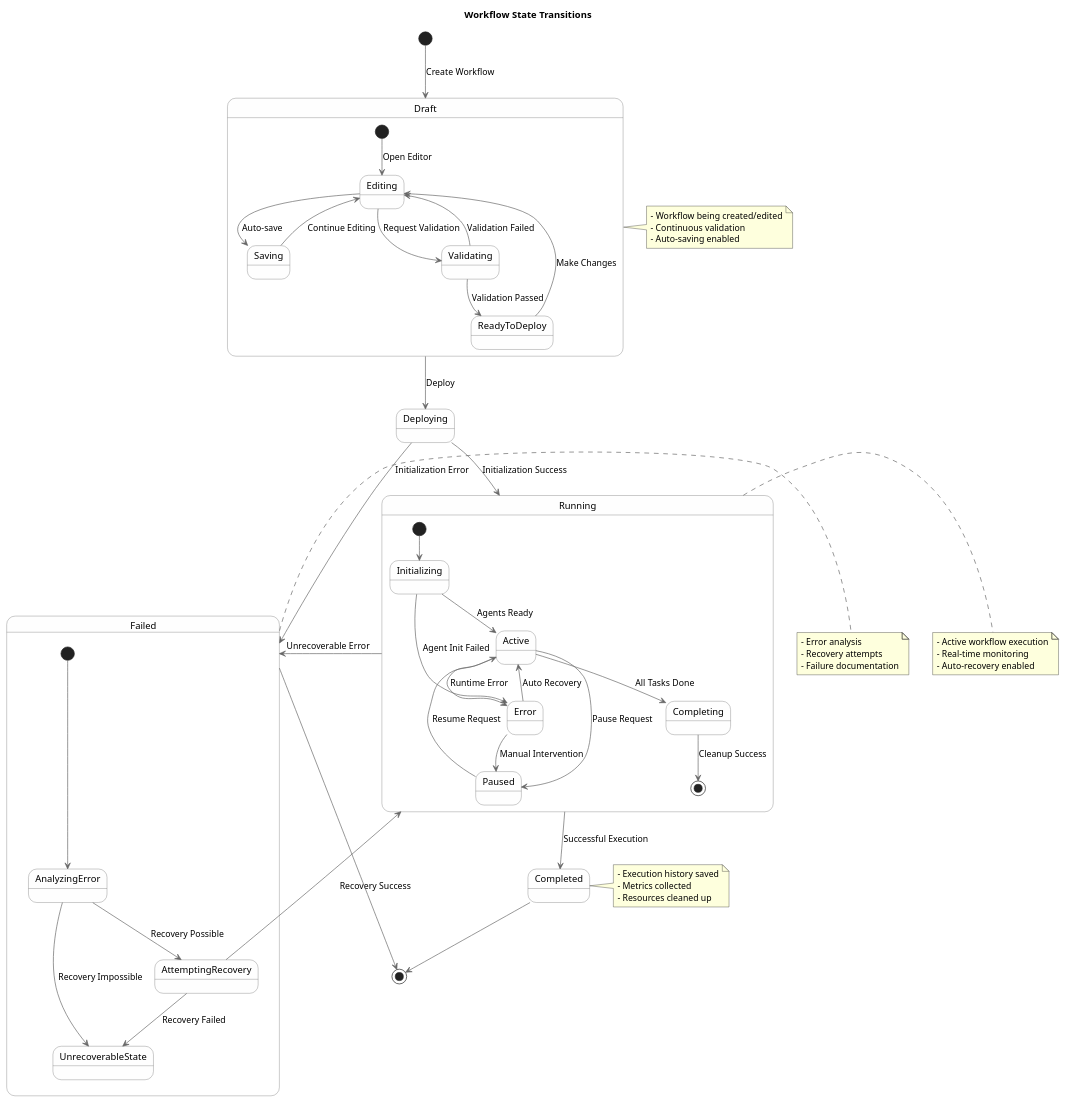
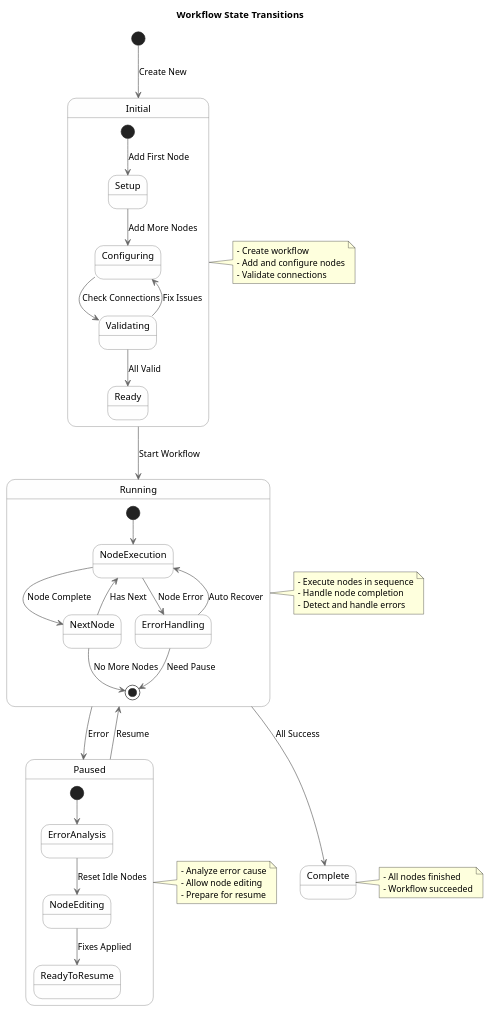
One commit to m0nq/cloud-people changed the diagram in docs/workflow-state-transitions.puml. Above: the diagram before and after it, drawn with PlantUML. The commit also changed 9 other files, not shown here.

Commit message:
Gave workflow store more robust state mgmt

```diff
--- a/docs/workflow-state-transitions.puml
+++ b/docs/workflow-state-transitions.puml
@@ -1,86 +1,71 @@
 @startuml Workflow State Transitions
 
 ' Styling
 skinparam StateBackgroundColor #FEFEFE
 skinparam StateBorderColor #666666
 skinparam ArrowColor #666666
 skinparam StateStartColor #445566
 skinparam StateEndColor #445566
 
 ' Title
 title Workflow State Transitions
 
 ' States
-[*] --> Draft : Create Workflow
+[*] --> Initial : Create New
 
-state Draft {
-    [*] --> Editing : Open Editor
-    Editing --> Saving : Auto-save
-    Saving --> Editing : Continue Editing
-    Editing --> Validating : Request Validation
-    Validating --> Editing : Validation Failed
-    Validating --> ReadyToDeploy : Validation Passed
-    ReadyToDeploy --> Editing : Make Changes
+state Initial {
+    [*] --> Setup : Add First Node
+    Setup --> Configuring : Add More Nodes
+    Configuring --> Validating : Check Connections
+    Validating --> Ready : All Valid
+    Validating --> Configuring : Fix Issues
 }
 
-Draft --> Deploying : Deploy
-Deploying --> Running : Initialization Success
-Deploying --> Failed : Initialization Error
+Initial --> Running : Start Workflow
 
 state Running {
-    [*] --> Initializing
-    
-    Initializing --> Active : Agents Ready
-    Initializing --> Error : Agent Init Failed
-    
-    Active --> Paused : Pause Request
-    Paused --> Active : Resume Request
-    
-    Active --> Error : Runtime Error
-    Error --> Active : Auto Recovery
-    Error --> Paused : Manual Intervention
-    
-    Active --> Completing : All Tasks Done
-    Completing --> [*] : Cleanup Success
+    [*] --> NodeExecution
+    NodeExecution --> NextNode : Node Complete
+    NextNode --> NodeExecution : Has Next
+    NextNode --> [*] : No More Nodes
+    NodeExecution --> ErrorHandling : Node Error
+    ErrorHandling --> NodeExecution : Auto Recover
+    ErrorHandling --> [*] : Need Pause
 }
 
-Running --> Completed : Successful Execution
-Running --> Failed : Unrecoverable Error
+Running --> Complete : All Success
+Running --> Paused : Error
 
-state Failed {
-    [*] --> AnalyzingError
-    AnalyzingError --> AttemptingRecovery : Recovery Possible
-    AnalyzingError --> UnrecoverableState : Recovery Impossible
-    AttemptingRecovery --> UnrecoverableState : Recovery Failed
-    AttemptingRecovery --> Running : Recovery Success
+state Paused {
+    [*] --> ErrorAnalysis
+    ErrorAnalysis --> NodeEditing : Reset Idle Nodes
+    NodeEditing --> ReadyToResume : Fixes Applied
 }
 
-Completed --> [*]
-Failed --> [*]
+Paused --> Running : Resume
 
 ' Notes
-note right of Draft
-  - Workflow being created/edited
-  - Continuous validation
-  - Auto-saving enabled
+note right of Initial
+  - Create workflow
+  - Add and configure nodes
+  - Validate connections
 end note
 
 note right of Running
-  - Active workflow execution
-  - Real-time monitoring
-  - Auto-recovery enabled
+  - Execute nodes in sequence
+  - Handle node completion
+  - Detect and handle errors
 end note
 
-note right of Failed
-  - Error analysis
-  - Recovery attempts
-  - Failure documentation
+note right of Paused
+  - Analyze error cause
+  - Allow node editing
+  - Prepare for resume
 end note
 
-note right of Completed
-  - Execution history saved
-  - Metrics collected
-  - Resources cleaned up
+note right of Complete
+  - All nodes finished
+  - Workflow succeeded
 end note
 
 @enduml
```
